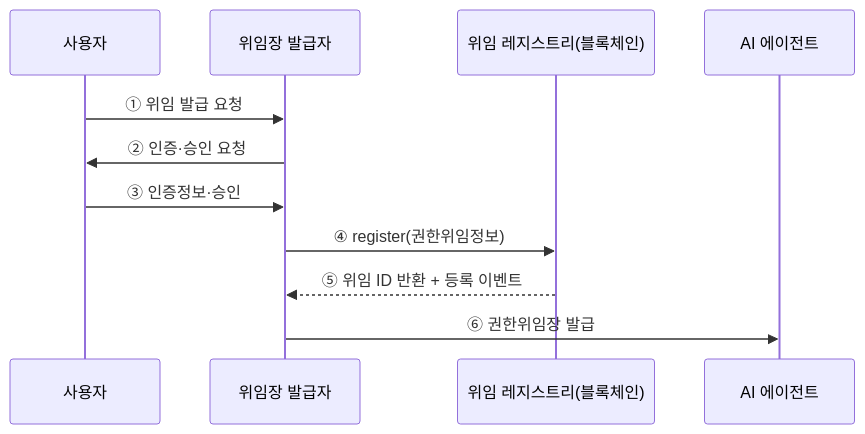
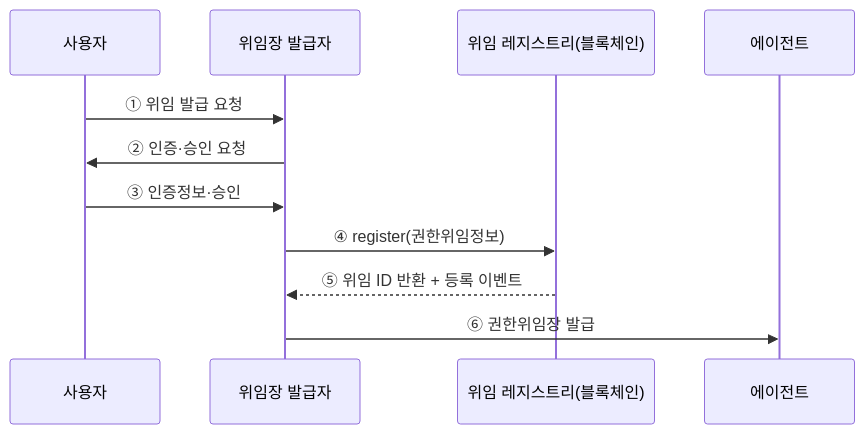
Before and after one commit to jsong1230/meta-agents: the diagram in docs/tta-standard/figures/fig2-registration-seq.mmd, drawn with Mermaid. The commit also changed 13 other files, not shown here.

```diff
--- a/docs/tta-standard/figures/fig2-registration-seq.mmd
+++ b/docs/tta-standard/figures/fig2-registration-seq.mmd
@@ -1,11 +1,11 @@
 sequenceDiagram
     participant U as 사용자
     participant ISS as 위임장 발급자
     participant REG as 위임 레지스트리(블록체인)
-    participant AG as AI 에이전트
+    participant AG as 에이전트
     U->>ISS: ① 위임 발급 요청
     ISS->>U: ② 인증·승인 요청
     U->>ISS: ③ 인증정보·승인
     ISS->>REG: ④ register(권한위임정보)
     REG-->>ISS: ⑤ 위임 ID 반환 + 등록 이벤트
     ISS->>AG: ⑥ 권한위임장 발급
```
